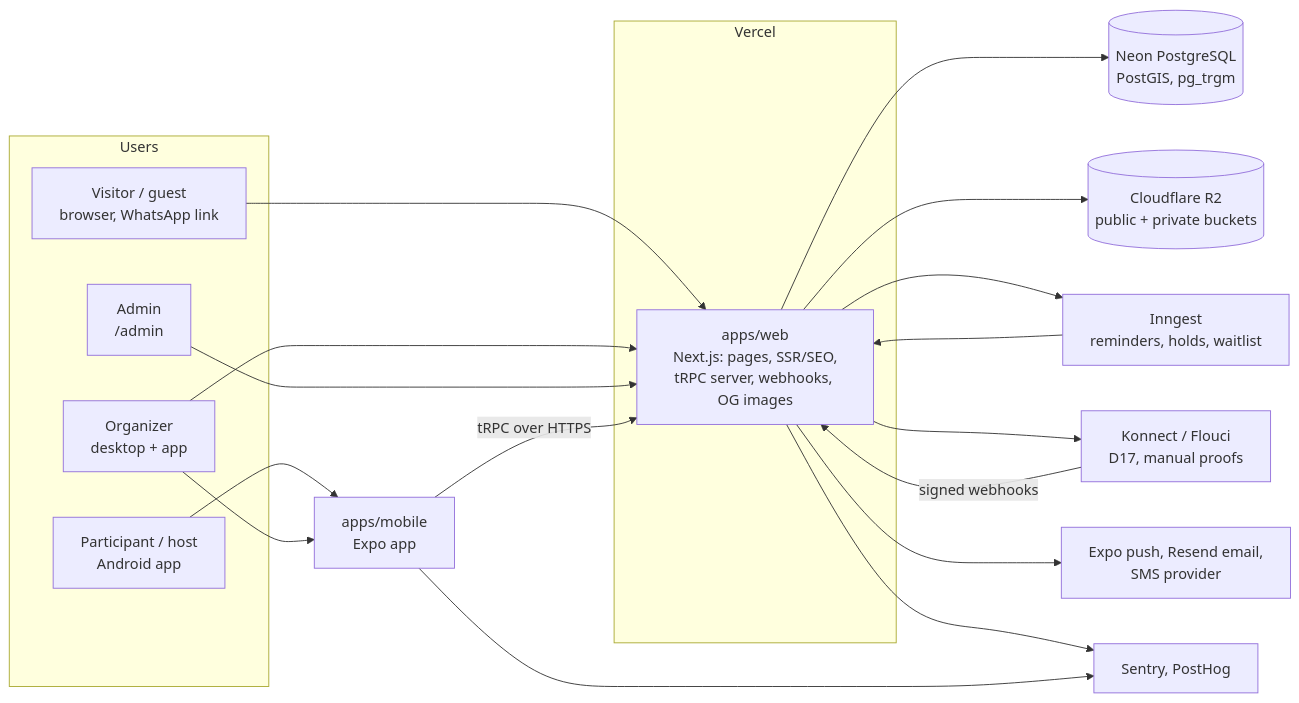
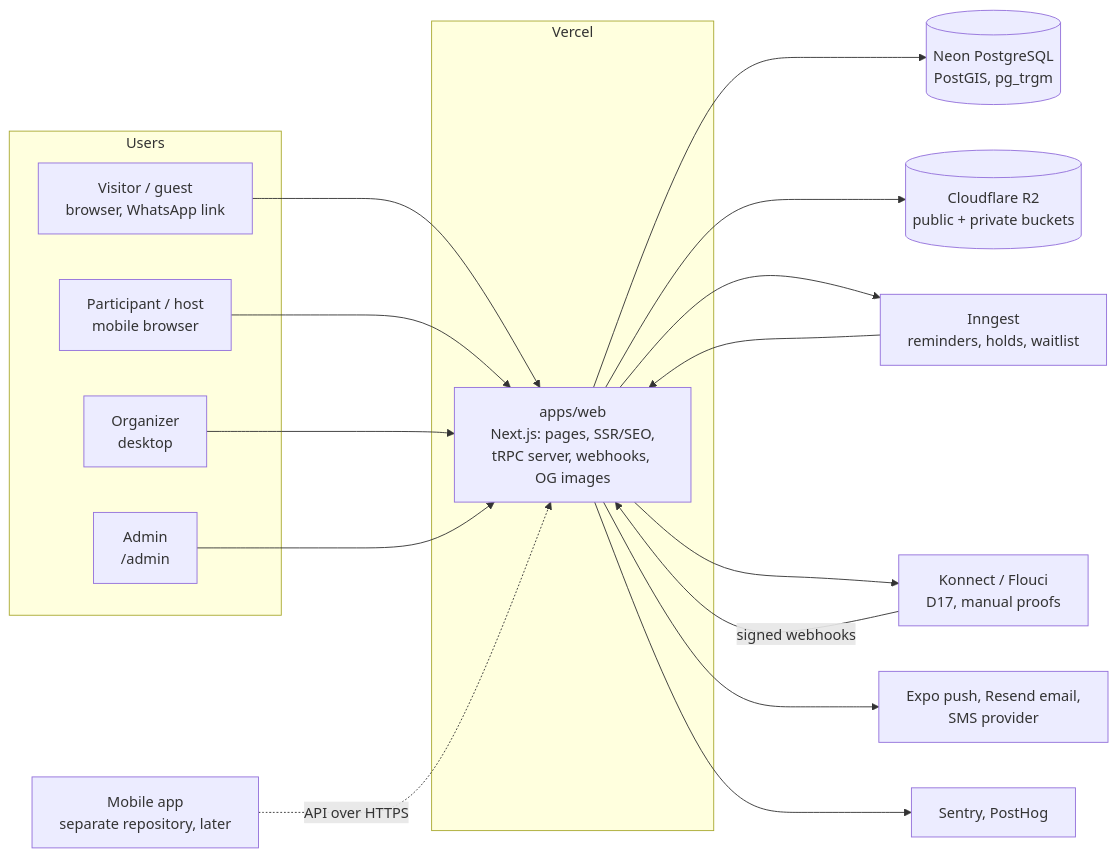
One commit to Hedi-Bouhelii/Doulisha changed the first of 3 diagrams in docs/ARCHITECTURE.md. Above: the diagram before and after it, drawn with Mermaid. The commit also changed other lines of this file and 66 other files, not shown here.

First line of the commit message:
refactor: make this repository the web app only and link Neon

````diff
--- a/docs/ARCHITECTURE.md
+++ b/docs/ARCHITECTURE.md
@@ -9,32 +11,30 @@
 ```mermaid
 flowchart LR
   subgraph Users
     V[Visitor / guest<br/>browser, WhatsApp link]
-    P[Participant / host<br/>Android app]
-    O[Organizer<br/>desktop + app]
+    P[Participant / host<br/>mobile browser]
+    O[Organizer<br/>desktop]
     A[Admin<br/>/admin]
   end
 
   subgraph Vercel
     WEB[apps/web<br/>Next.js: pages, SSR/SEO,<br/>tRPC server, webhooks, OG images]
   end
 
-  MOB[apps/mobile<br/>Expo app]
+  MOB[Mobile app<br/>separate repository, later]
 
   V --> WEB
+  P --> WEB
   O --> WEB
   A --> WEB
-  P --> MOB
-  O --> MOB
-  MOB -- tRPC over HTTPS --> WEB
+  MOB -. API over HTTPS .-> WEB
 
   WEB --> NEON[(Neon PostgreSQL<br/>PostGIS, pg_trgm)]
   WEB --> R2[(Cloudflare R2<br/>public + private buckets)]
   WEB --> JOBS[Inngest<br/>reminders, holds, waitlist]
   JOBS --> WEB
   WEB --> PAY[Konnect / Flouci<br/>D17, manual proofs]
   PAY -- signed webhooks --> WEB
   WEB --> NOTIF[Expo push, Resend email,<br/>SMS provider]
   WEB --> OBS[Sentry, PostHog]
-  MOB --> OBS
 ```
````
